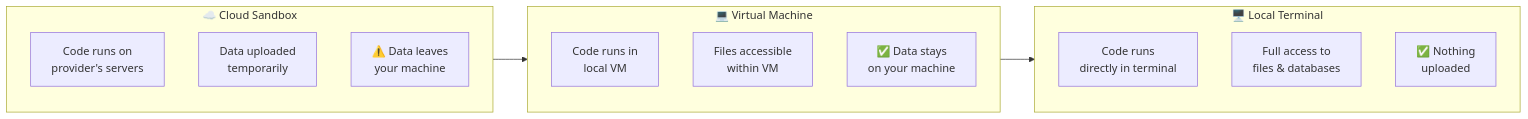
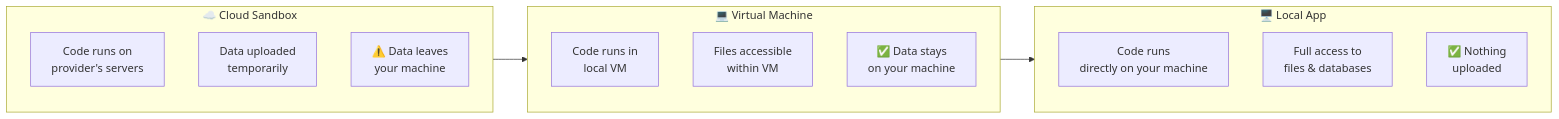
One commit to kerryback/bi-to-ai changed the diagram in 01-coding-tools.qmd. Above: the diagram before and after it, drawn with Mermaid. The commit also changed other lines of this file and 265 other files, not shown here.

````diff
--- a/01-coding-tools.qmd
+++ b/01-coding-tools.qmd
@@ -19,25 +19,25 @@
 ```{mermaid}
 %%| label: fig-environments
 %%| fig-cap: "Three code execution environments, from most isolated to most integrated."
 %%| fig-width: 100%
 flowchart LR
     subgraph Cloud["☁️ Cloud Sandbox"]
         direction TB
         C1["Code runs on\nprovider's servers"]
         C2["Data uploaded\ntemporarily"]
         C3["⚠️ Data leaves\nyour machine"]
     end
     subgraph VM["💻 Virtual Machine"]
         direction TB
         V1["Code runs in\nlocal VM"]
         V2["Files accessible\nwithin VM"]
         V3["✅ Data stays\non your machine"]
     end
-    subgraph Local["🖥️ Local Terminal"]
+    subgraph Local["🖥️ Local App"]
         direction TB
-        L1["Code runs\ndirectly in terminal"]
+        L1["Code runs\ndirectly on your machine"]
         L2["Full access to\nfiles & databases"]
         L3["✅ Nothing\nuploaded"]
     end
     Cloud --> VM --> Local
 ```
````
